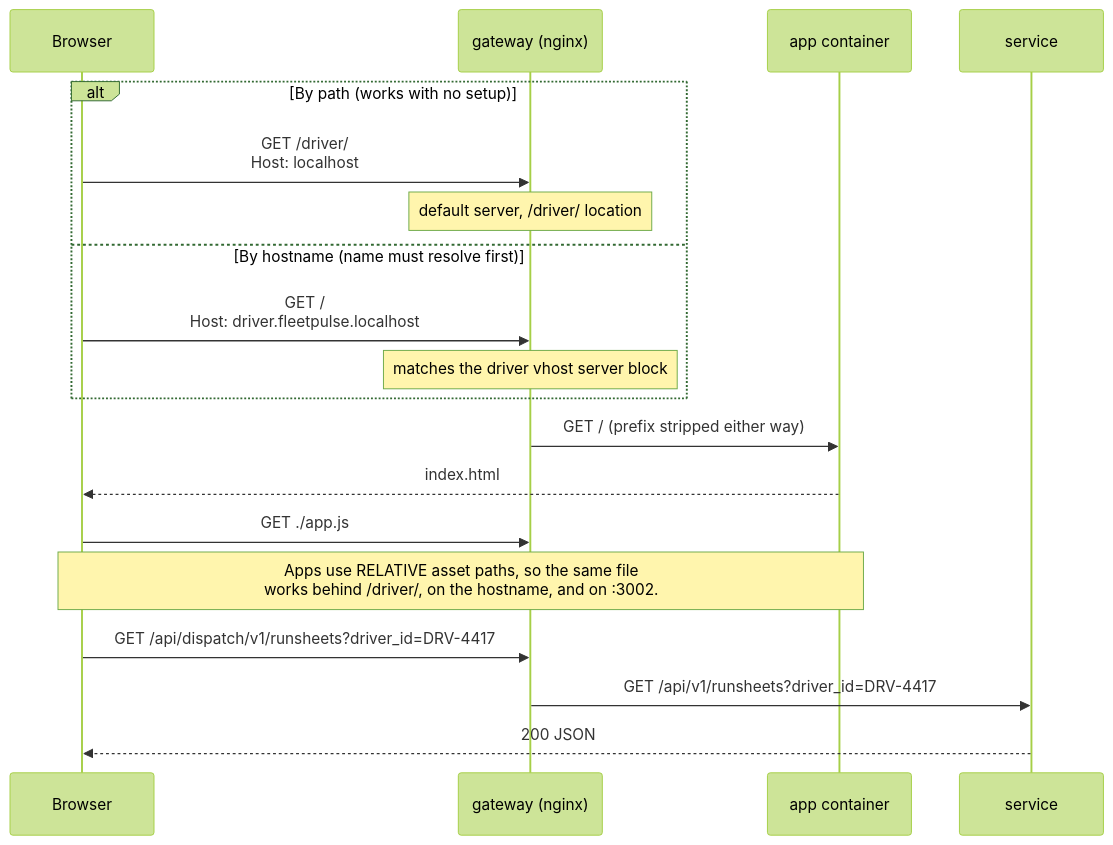
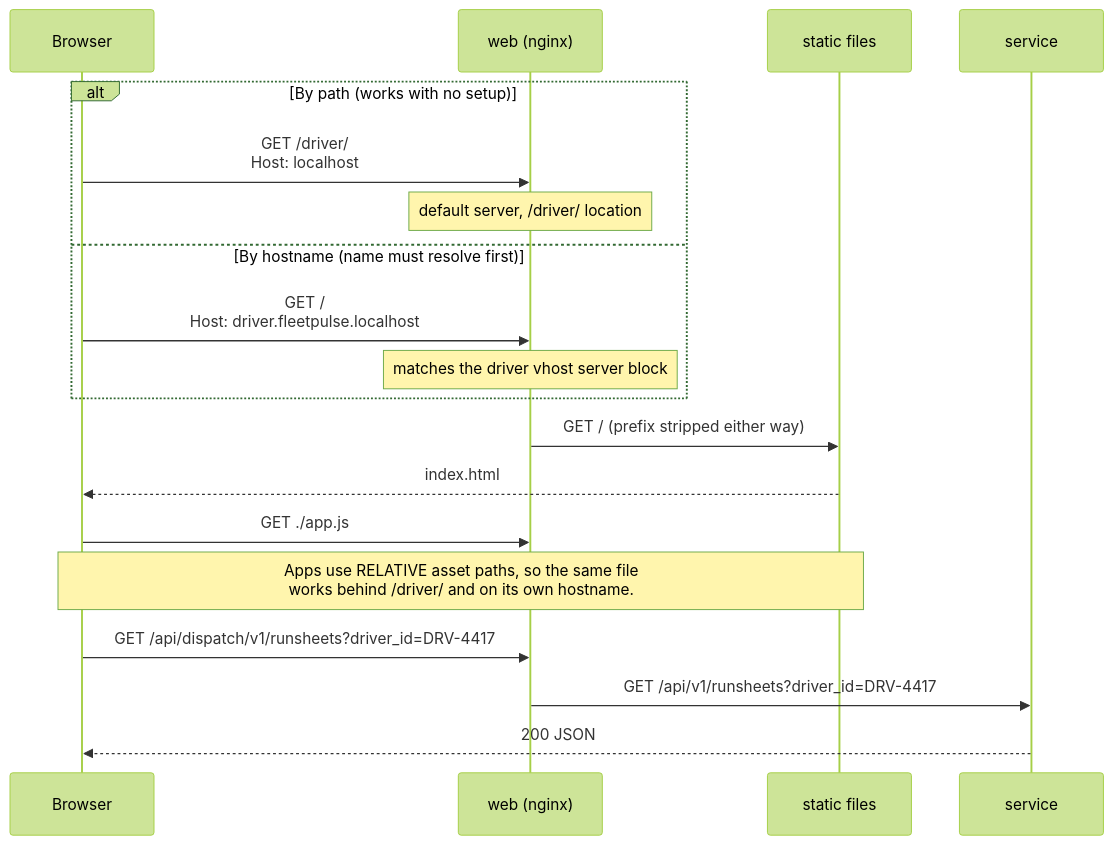
The third of 10 diagrams in docs/FleetPulse-Architecture.md (shashu775/fleetpulse), drawn with Mermaid (forest theme) before and after one commit. The commit also changed other lines of this file and 49 other files, not shown here.

````diff
--- a/docs/FleetPulse-Architecture.md
+++ b/docs/FleetPulse-Architecture.md
@@ -185,24 +196,24 @@
 ```mermaid
 sequenceDiagram
     participant B as Browser
-    participant G as gateway (nginx)
-    participant A as app container
+    participant G as web (nginx)
+    participant A as static files
     participant S as service
 
     alt By path (works with no setup)
         B->>G: GET /driver/ <br/>Host: localhost
         Note over G: default server, /driver/ location
     else By hostname (name must resolve first)
         B->>G: GET / <br/>Host: driver.fleetpulse.localhost
         Note over G: matches the driver vhost server block
     end
 
     G->>A: GET /            (prefix stripped either way)
     A-->>B: index.html
     B->>G: GET ./app.js
-    Note over B,A: Apps use RELATIVE asset paths, so the same file<br/>works behind /driver/, on the hostname, and on :3002.
+    Note over B,A: Apps use RELATIVE asset paths, so the same file<br/>works behind /driver/ and on its own hostname.
 
     B->>G: GET /api/dispatch/v1/runsheets?driver_id=DRV-4417
     G->>S: GET /api/v1/runsheets?driver_id=DRV-4417
     S-->>B: 200 JSON
 ```
````
